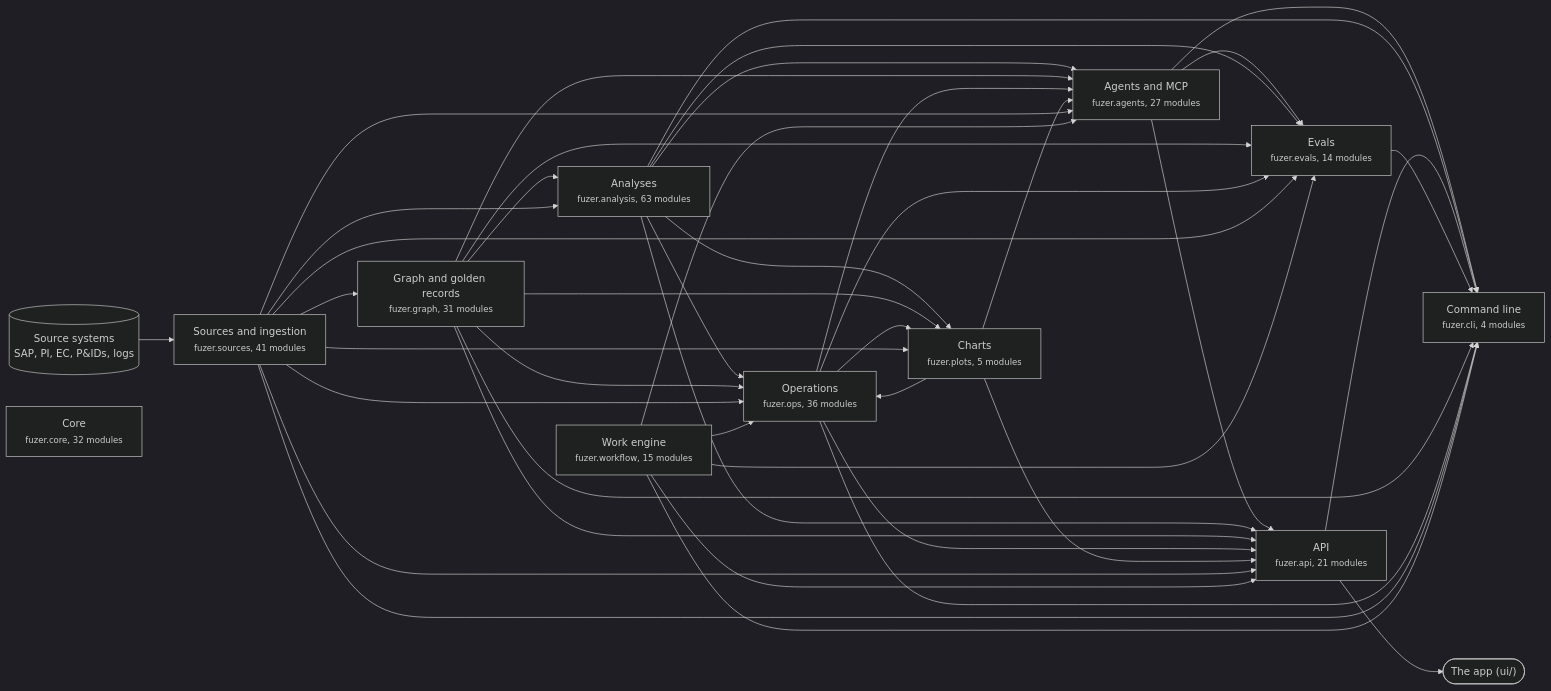
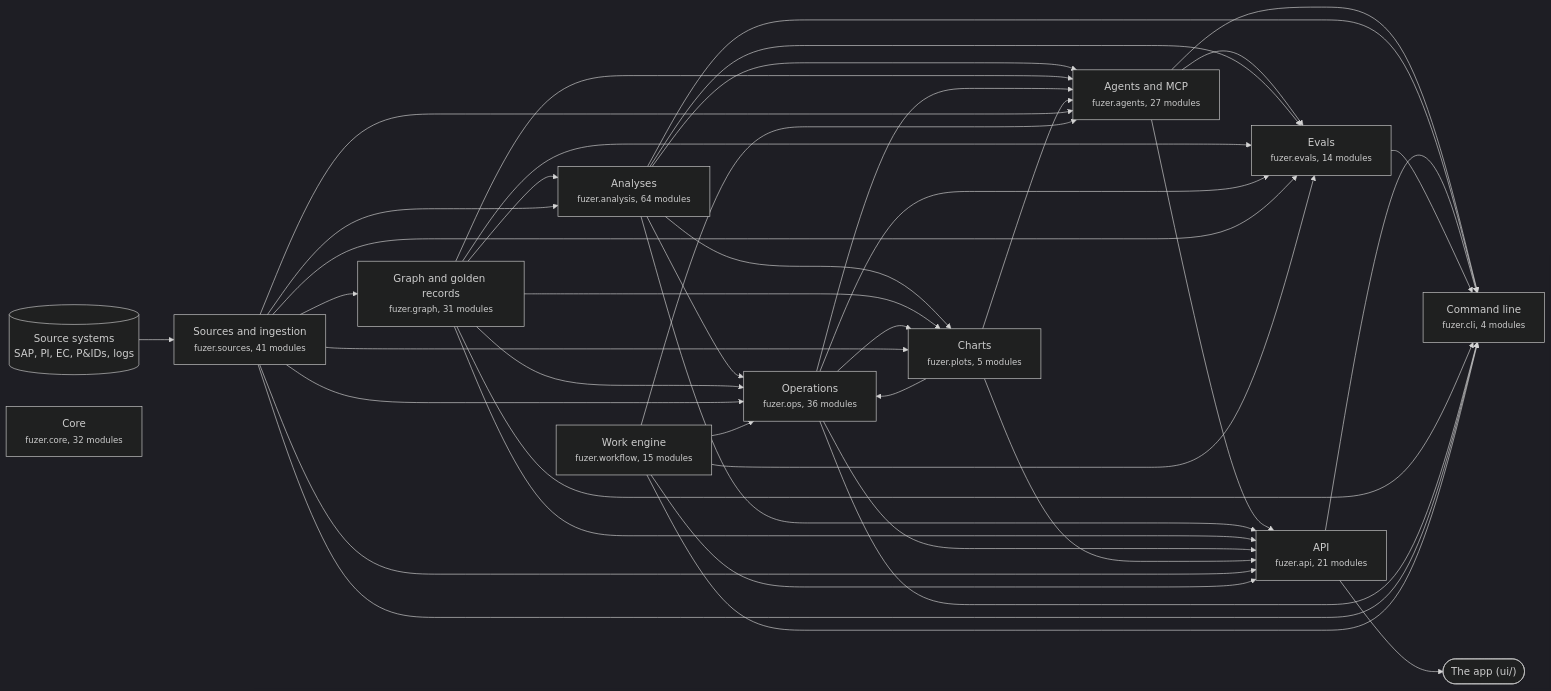
The first of 3 diagrams in docs/architecture.md (areed145/fuzer), drawn with Mermaid (dark theme) before and after one commit. The commit also changed other lines of this file and 14 other files, not shown here.

````diff
--- a/docs/architecture.md
+++ b/docs/architecture.md
@@ -8,67 +8,67 @@
 ```mermaid
 flowchart LR
   systems[("Source systems<br>SAP, PI, EC, P&IDs, logs")] --> c_sources
   app(["The app (ui/)"])
   c_api --> app
   c_sources["Sources and ingestion<br><small>fuzer.sources, 41 modules</small>"]
   c_graph["Graph and golden records<br><small>fuzer.graph, 31 modules</small>"]
-  c_analysis["Analyses<br><small>fuzer.analysis, 63 modules</small>"]
+  c_analysis["Analyses<br><small>fuzer.analysis, 64 modules</small>"]
   c_ops["Operations<br><small>fuzer.ops, 36 modules</small>"]
   c_plots["Charts<br><small>fuzer.plots, 5 modules</small>"]
   c_workflow["Work engine<br><small>fuzer.workflow, 15 modules</small>"]
   c_agents["Agents and MCP<br><small>fuzer.agents, 27 modules</small>"]
   c_evals["Evals<br><small>fuzer.evals, 14 modules</small>"]
   c_api["API<br><small>fuzer.api, 21 modules</small>"]
   c_cli["Command line<br><small>fuzer.cli, 4 modules</small>"]
   c_core["Core<br><small>fuzer.core, 32 modules</small>"]
   c_sources --> c_graph
   c_graph --> c_analysis
   c_sources --> c_analysis
   c_analysis --> c_ops
   c_graph --> c_ops
   c_plots --> c_ops
   c_sources --> c_ops
   c_workflow --> c_ops
   c_analysis --> c_plots
   c_graph --> c_plots
   c_ops --> c_plots
   c_sources --> c_plots
   c_analysis --> c_agents
   c_graph --> c_agents
   c_ops --> c_agents
   c_plots --> c_agents
   c_sources --> c_agents
   c_workflow --> c_agents
   c_agents --> c_evals
   c_analysis --> c_evals
   c_graph --> c_evals
   c_ops --> c_evals
   c_sources --> c_evals
   c_workflow --> c_evals
   c_agents --> c_api
   c_analysis --> c_api
   c_graph --> c_api
   c_ops --> c_api
   c_plots --> c_api
   c_sources --> c_api
   c_workflow --> c_api
   c_agents --> c_cli
   c_analysis --> c_cli
   c_api --> c_cli
   c_evals --> c_cli
   c_graph --> c_cli
   c_ops --> c_cli
   c_sources --> c_cli
   c_workflow --> c_cli
   click c_sources "https://github.com/areed145/fuzer/tree/main/src/fuzer/sources"
   click c_graph "https://github.com/areed145/fuzer/tree/main/src/fuzer/graph"
   click c_analysis "https://github.com/areed145/fuzer/tree/main/src/fuzer/analysis"
   click c_ops "https://github.com/areed145/fuzer/tree/main/src/fuzer/ops"
   click c_plots "https://github.com/areed145/fuzer/tree/main/src/fuzer/plots"
   click c_workflow "https://github.com/areed145/fuzer/tree/main/src/fuzer/workflow"
   click c_agents "https://github.com/areed145/fuzer/tree/main/src/fuzer/agents"
   click c_evals "https://github.com/areed145/fuzer/tree/main/src/fuzer/evals"
   click c_api "https://github.com/areed145/fuzer/tree/main/src/fuzer/api"
   click c_cli "https://github.com/areed145/fuzer/tree/main/src/fuzer/cli"
   click c_core "https://github.com/areed145/fuzer/tree/main/src/fuzer/core"
 ```
````
